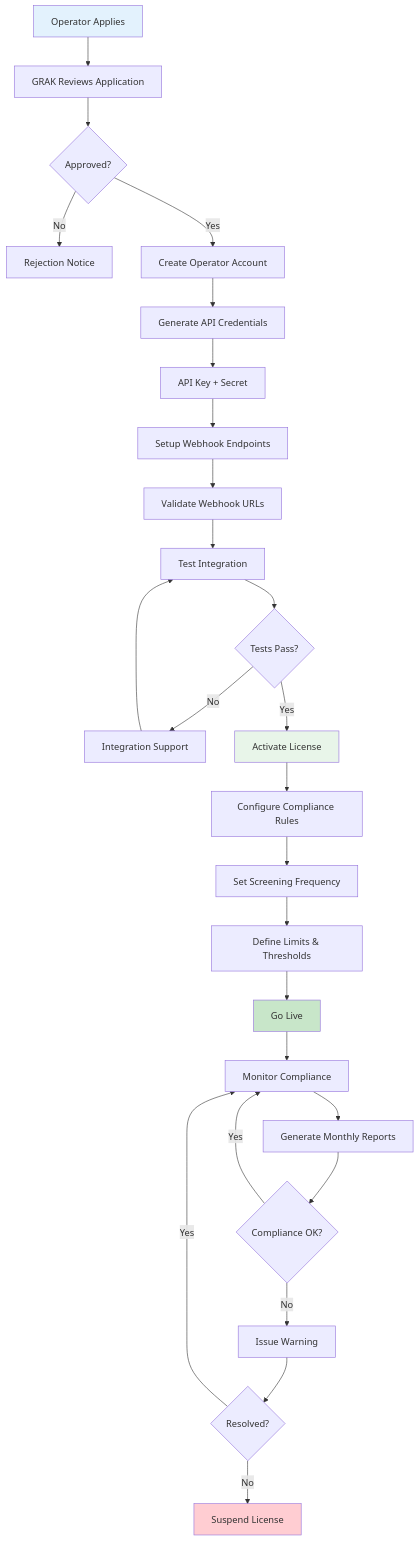
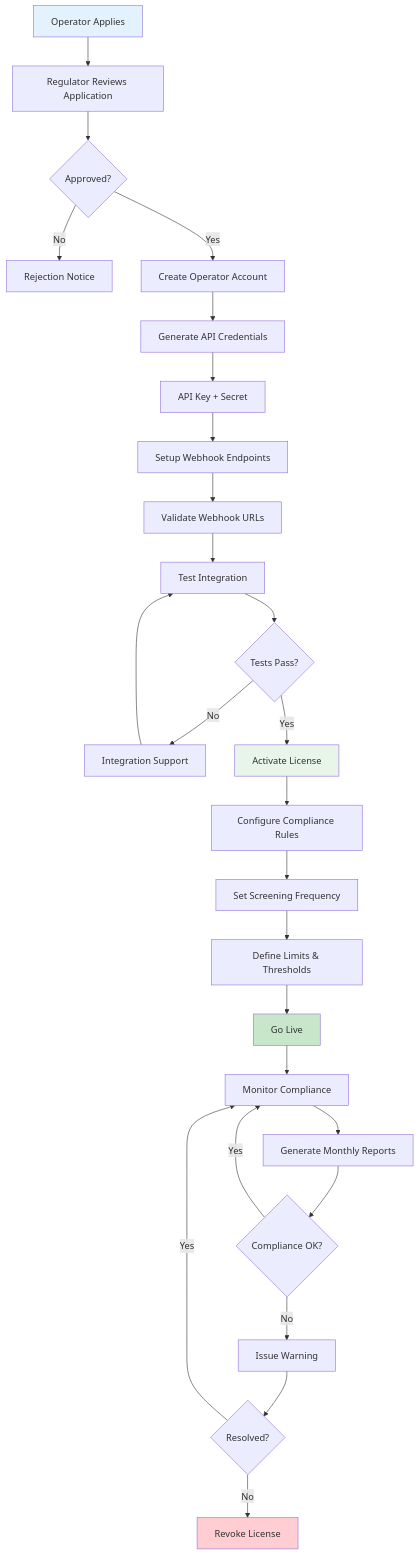
Before and after one commit to tomojanga/Bematore-NSER-RG: the seventh of 9 diagrams in backend/docs/architecture/data-flow-diagrams.md, drawn with Mermaid. The commit also changed other lines of this file and 4 other files, not shown here.

````diff
--- a/backend/docs/architecture/data-flow-diagrams.md
+++ b/backend/docs/architecture/data-flow-diagrams.md
@@ -553,44 +558,44 @@
 ```mermaid
 graph TD
-    A[Operator Applies] --> B[GRAK Reviews Application]
+    A[Operator Applies] --> B[Regulator Reviews Application]
     B --> C{Approved?}
     
     C -->|No| D[Rejection Notice]
     C -->|Yes| E[Create Operator Account]
     
     E --> F[Generate API Credentials]
     F --> G[API Key + Secret]
     
     G --> H[Setup Webhook Endpoints]
     H --> I[Validate Webhook URLs]
     
     I --> J[Test Integration]
     J --> K{Tests Pass?}
     
     K -->|No| L[Integration Support]
     L --> J
     
     K -->|Yes| M[Activate License]
     
     M --> N[Configure Compliance Rules]
     N --> O[Set Screening Frequency]
     O --> P[Define Limits & Thresholds]
     
     P --> Q[Go Live]
     
     Q --> R[Monitor Compliance]
     R --> S[Generate Monthly Reports]
     
     S --> T{Compliance OK?}
     T -->|Yes| R
     T -->|No| U[Issue Warning]
     
     U --> V{Resolved?}
     V -->|Yes| R
-    V -->|No| W[Suspend License]
+    V -->|No| W[Revoke License]
     
     style A fill:#e3f2fd
     style M fill:#e8f5e9
     style Q fill:#c8e6c9
     style W fill:#ffcdd2
 ```
````
